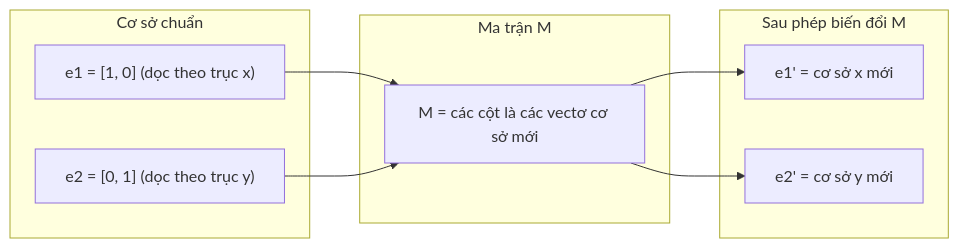
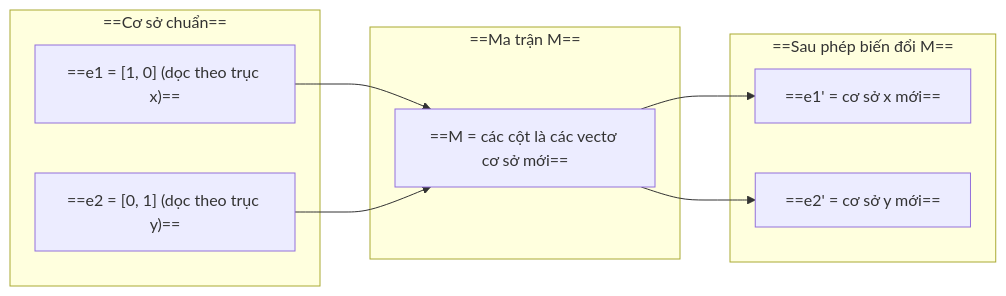
Before and after one commit to Huong002/ai-engineering-from-scratch: the first of 7 diagrams in phases/01-math-foundations/03-matrix-transformations/docs/vi.md, drawn with Mermaid. The commit also changed other lines of this file and 13 other files, not shown here.

````diff
--- a/phases/01-math-foundations/03-matrix-transformations/docs/vi.md
+++ b/phases/01-math-foundations/03-matrix-transformations/docs/vi.md
@@ -29,16 +29,16 @@
 ```mermaid
 graph LR
-    subgraph Before["Cơ sở chuẩn"]
-        e1["e1 = [1, 0] (dọc theo trục x)"]
-        e2["e2 = [0, 1] (dọc theo trục y)"]
+    subgraph Before["==Cơ sở chuẩn=="]
+        e1["==e1 = [1, 0] (dọc theo trục x)=="]
+        e2["==e2 = [0, 1] (dọc theo trục y)=="]
     end
-    subgraph Transform["Ma trận M"]
-        M["M = các cột là các vectơ cơ sở mới"]
+    subgraph Transform["==Ma trận M=="]
+        M["==M = các cột là các vectơ cơ sở mới=="]
     end
-    subgraph After["Sau phép biến đổi M"]
-        e1p["e1' = cơ sở x mới"]
-        e2p["e2' = cơ sở y mới"]
+    subgraph After["==Sau phép biến đổi M=="]
+        e1p["==e1' = cơ sở x mới=="]
+        e2p["==e2' = cơ sở y mới=="]
     end
     e1 --> M --> e1p
     e2 --> M --> e2p
 ```
````
